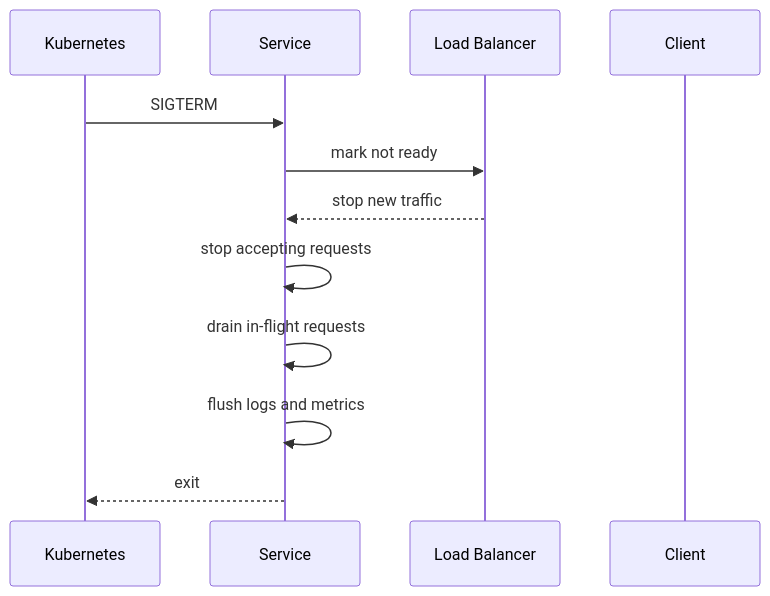
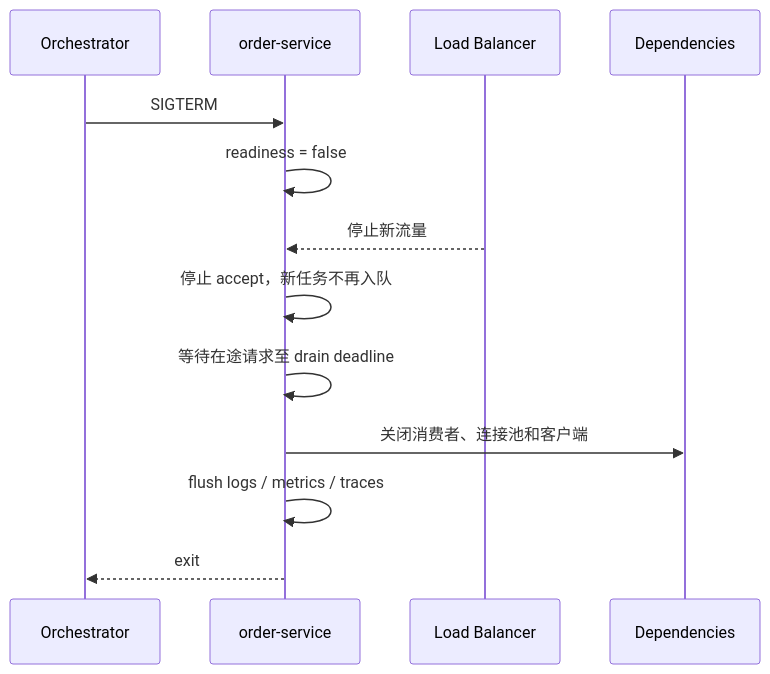
One commit to Fizgrad/fizgrad.github.io changed the ninth of 11 diagrams in blog/cpp_backend.md. Above: the diagram before and after it, drawn with Mermaid. The commit also changed other lines of this file and 1 other file, not shown here.

````diff
--- a/blog/cpp_backend.md
+++ b/blog/cpp_backend.md
@@ -2085,15 +1339,16 @@
 ```mermaid
 sequenceDiagram
-    participant K as Kubernetes
-    participant S as Service
+    participant O as Orchestrator
+    participant S as order-service
     participant LB as Load Balancer
-    participant C as Client
+    participant D as Dependencies
 
-    K->>S: SIGTERM
-    S->>LB: mark not ready
-    LB-->>S: stop new traffic
-    S->>S: stop accepting requests
-    S->>S: drain in-flight requests
-    S->>S: flush logs and metrics
-    S-->>K: exit
+    O->>S: SIGTERM
+    S->>S: readiness = false
+    LB-->>S: 停止新流量
+    S->>S: 停止 accept，新任务不再入队
+    S->>S: 等待在途请求至 drain deadline
+    S->>D: 关闭消费者、连接池和客户端
+    S->>S: flush logs / metrics / traces
+    S-->>O: exit
 ```
````
